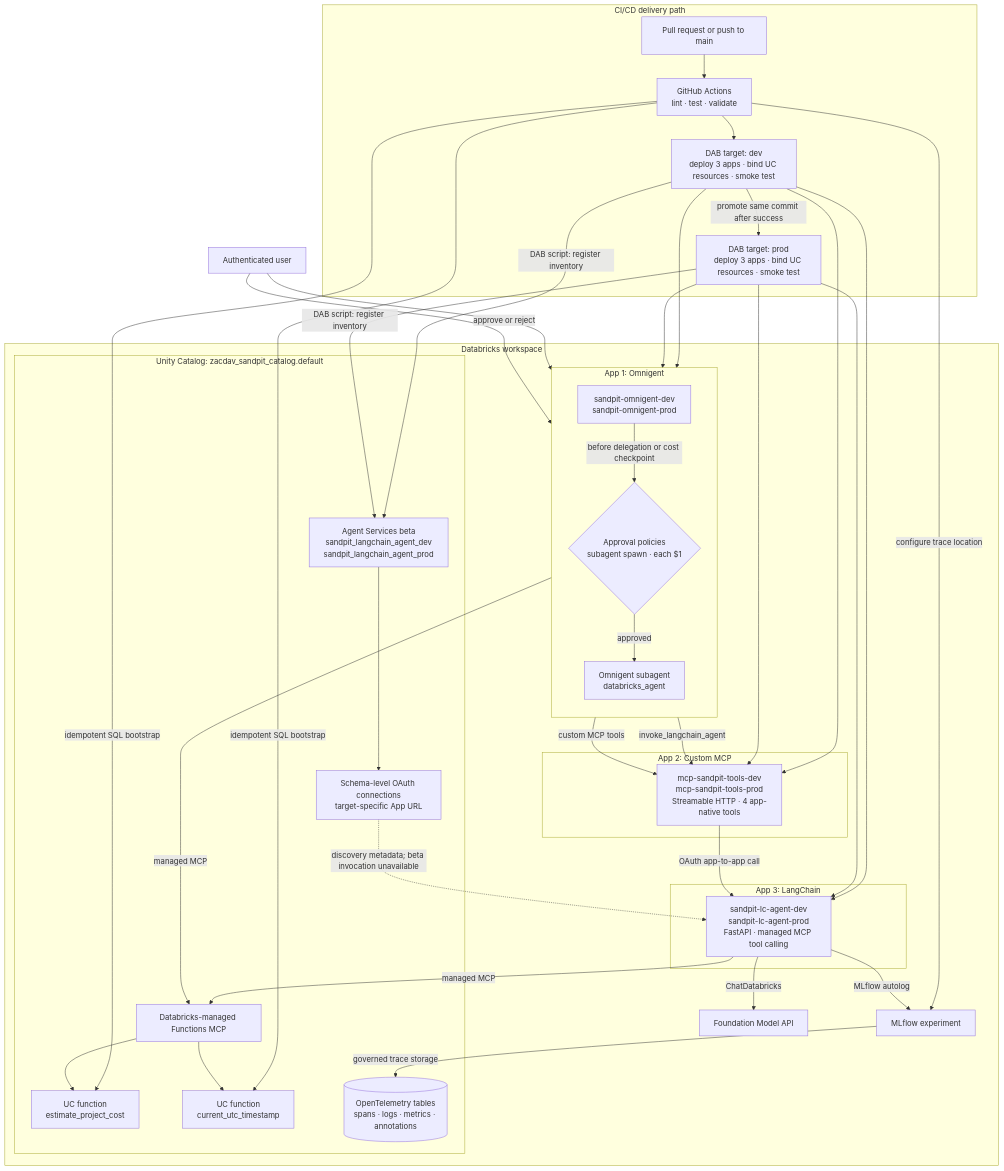
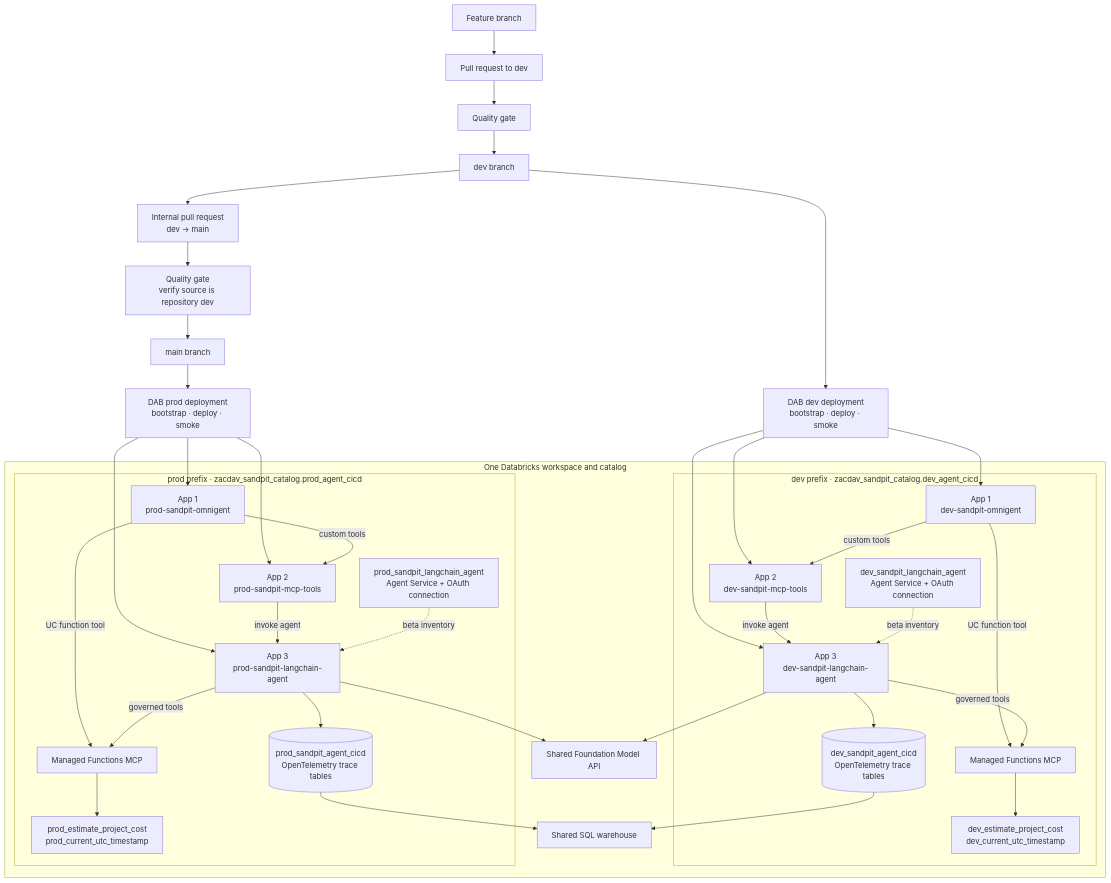
The diagram in README.md (zacdav-db/databricks-agent-cicd-sandpit), drawn with Mermaid before and after one commit. The commit also changed other lines of this file and 10 other files, not shown here.

Commit message:
Promote releases through isolated dev and prod targets

````diff
--- a/README.md
+++ b/README.md
@@ -18,71 +18,68 @@
 ```mermaid
 flowchart TB
-    User["Authenticated user"]
+    Feature["Feature branch"]
+    DevPR["Pull request to dev"]
+    DevGate["Quality gate"]
+    DevBranch["dev branch"]
+    PromotionPR["Internal pull request<br/>dev → main"]
+    PromotionGate["Quality gate<br/>verify source is repository dev"]
+    MainBranch["main branch"]
+    DevDeploy["DAB dev deployment<br/>bootstrap · deploy · smoke"]
+    ProdDeploy["DAB prod deployment<br/>bootstrap · deploy · smoke"]
 
-    subgraph Delivery["CI/CD delivery path"]
-        Git["Pull request or push to main"]
-        CI["GitHub Actions<br/>lint · test · validate"]
-        DevTarget["DAB target: dev<br/>deploy 3 apps · bind UC resources · smoke test"]
-        ProdTarget["DAB target: prod<br/>deploy 3 apps · bind UC resources · smoke test"]
-        Git --> CI --> DevTarget
-        DevTarget -->|"promote same commit after success"| ProdTarget
-    end
+    Feature --> DevPR --> DevGate --> DevBranch --> DevDeploy
+    DevBranch --> PromotionPR --> PromotionGate --> MainBranch --> ProdDeploy
 
-    subgraph Workspace["Databricks workspace"]
-        subgraph OmniApp["App 1: Omnigent"]
-            direction TB
-            Omni["sandpit-omnigent-dev<br/>sandpit-omnigent-prod"]
-            Policy{"Approval policies<br/>subagent spawn · each $1"}
-            Subagent["Omnigent subagent<br/>databricks_agent"]
+    subgraph Workspace["One Databricks workspace and catalog"]
+        Model["Shared Foundation Model API"]
+        Warehouse["Shared SQL warehouse"]
+
+        subgraph Dev["dev prefix · zacdav_sandpit_catalog.dev_agent_cicd"]
+            DevOmni["App 1<br/>dev-sandpit-omnigent"]
+            DevMCP["App 2<br/>dev-sandpit-mcp-tools"]
+            DevLC["App 3<br/>dev-sandpit-langchain-agent"]
+            DevManaged["Managed Functions MCP"]
+            DevFunctions["dev_estimate_project_cost<br/>dev_current_utc_timestamp"]
+            DevService["dev_sandpit_langchain_agent<br/>Agent Service + OAuth connection"]
+            DevTraces[("dev_sandpit_agent_cicd<br/>OpenTelemetry trace tables")]
         end
 
-        subgraph MCPApp["App 2: Custom MCP"]
-            MCP["mcp-sandpit-tools-dev<br/>mcp-sandpit-tools-prod<br/>Streamable HTTP · 4 app-native tools"]
-        end
-
-        subgraph LangChainApp["App 3: LangChain"]
-            LangChain["sandpit-lc-agent-dev<br/>sandpit-lc-agent-prod<br/>FastAPI · managed MCP tool calling"]
-        end
-
-        Model["Foundation Model API"]
-        Experiment["MLflow experiment"]
-
-        subgraph UC["Unity Catalog: zacdav_sandpit_catalog.default"]
-            AgentRegistry["Agent Services beta<br/>sandpit_langchain_agent_dev<br/>sandpit_langchain_agent_prod"]
-            AgentConnections["Schema-level OAuth connections<br/>target-specific App URL"]
-            CostTool["UC function<br/>estimate_project_cost"]
-            TimeTool["UC function<br/>current_utc_timestamp"]
-            ManagedMCP["Databricks-managed Functions MCP"]
-            Traces[("OpenTelemetry tables<br/>spans · logs · metrics · annotations")]
+        subgraph Prod["prod prefix · zacdav_sandpit_catalog.prod_agent_cicd"]
+            ProdOmni["App 1<br/>prod-sandpit-omnigent"]
+            ProdMCP["App 2<br/>prod-sandpit-mcp-tools"]
+            ProdLC["App 3<br/>prod-sandpit-langchain-agent"]
+            ProdManaged["Managed Functions MCP"]
+            ProdFunctions["prod_estimate_project_cost<br/>prod_current_utc_timestamp"]
+            ProdService["prod_sandpit_langchain_agent<br/>Agent Service + OAuth connection"]
+            ProdTraces[("prod_sandpit_agent_cicd<br/>OpenTelemetry trace tables")]
         end
     end
 
-    DevTarget --> Omni
-    DevTarget --> MCP
-    DevTarget --> LangChain
-    ProdTarget --> Omni
-    ProdTarget --> MCP
-    ProdTarget --> LangChain
-    CI -->|"idempotent SQL bootstrap"| CostTool
-    CI -->|"idempotent SQL bootstrap"| TimeTool
-    CI -->|"configure trace location"| Experiment
-    DevTarget -->|"DAB script: register inventory"| AgentRegistry
-    ProdTarget -->|"DAB script: register inventory"| AgentRegistry
+    DevDeploy --> DevOmni
+    DevDeploy --> DevMCP
+    DevDeploy --> DevLC
+    ProdDeploy --> ProdOmni
+    ProdDeploy --> ProdMCP
+    ProdDeploy --> ProdLC
 
-    User --> Omni
-    Omni -->|"before delegation or cost checkpoint"| Policy
-    User -->|"approve or reject"| Policy
-    Policy -->|"approved"| Subagent
-    Subagent -->|"invoke_langchain_agent"| MCP
-    Omni -->|"custom MCP tools"| MCP
-    Omni -->|"managed MCP"| ManagedMCP
-    MCP -->|"OAuth app-to-app call"| LangChain
-    LangChain -->|"managed MCP"| ManagedMCP
-    ManagedMCP --> CostTool
-    ManagedMCP --> TimeTool
-    AgentRegistry --> AgentConnections
-    AgentConnections -. "discovery metadata; beta invocation unavailable" .-> LangChain
-    LangChain -->|"ChatDatabricks"| Model
-    LangChain -->|"MLflow autolog"| Experiment
-    Experiment -->|"governed trace storage"| Traces
+    DevOmni -->|"custom tools"| DevMCP
+    DevOmni -->|"UC function tool"| DevManaged
+    DevMCP -->|"invoke agent"| DevLC
+    DevLC -->|"governed tools"| DevManaged
+    DevManaged --> DevFunctions
+    DevService -. "beta inventory" .-> DevLC
+    DevLC --> DevTraces
+
+    ProdOmni -->|"custom tools"| ProdMCP
+    ProdOmni -->|"UC function tool"| ProdManaged
+    ProdMCP -->|"invoke agent"| ProdLC
+    ProdLC -->|"governed tools"| ProdManaged
+    ProdManaged --> ProdFunctions
+    ProdService -. "beta inventory" .-> ProdLC
+    ProdLC --> ProdTraces
+
+    DevLC --> Model
+    ProdLC --> Model
+    DevTraces --> Warehouse
+    ProdTraces --> Warehouse
 ```
````
